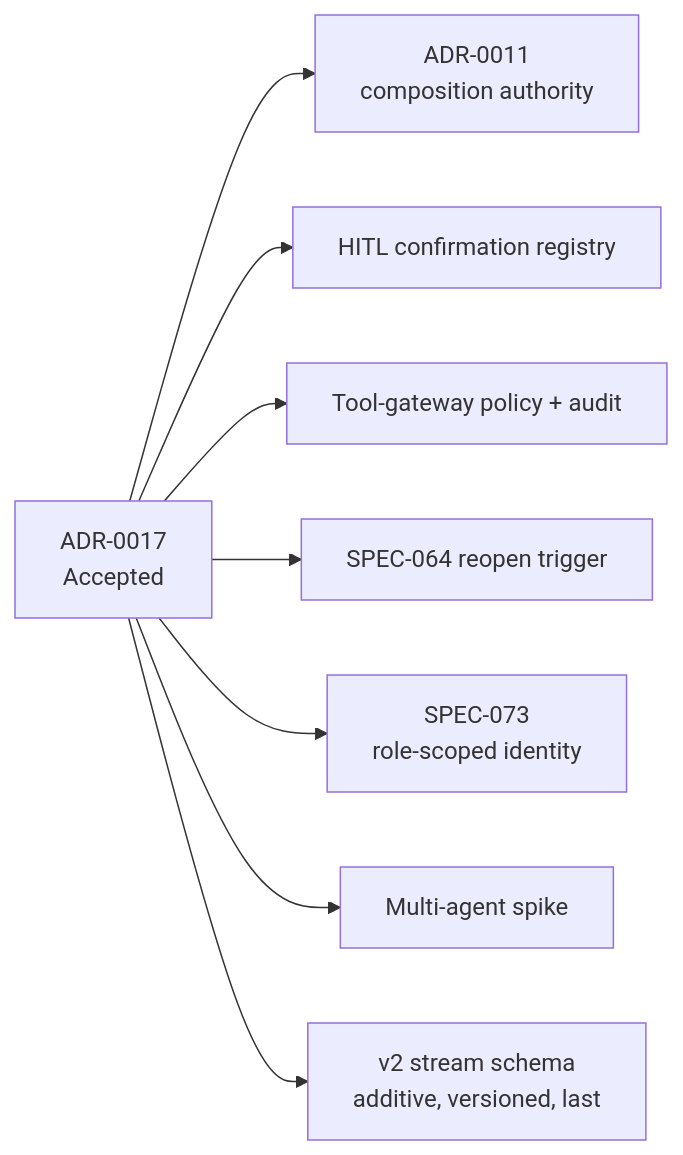
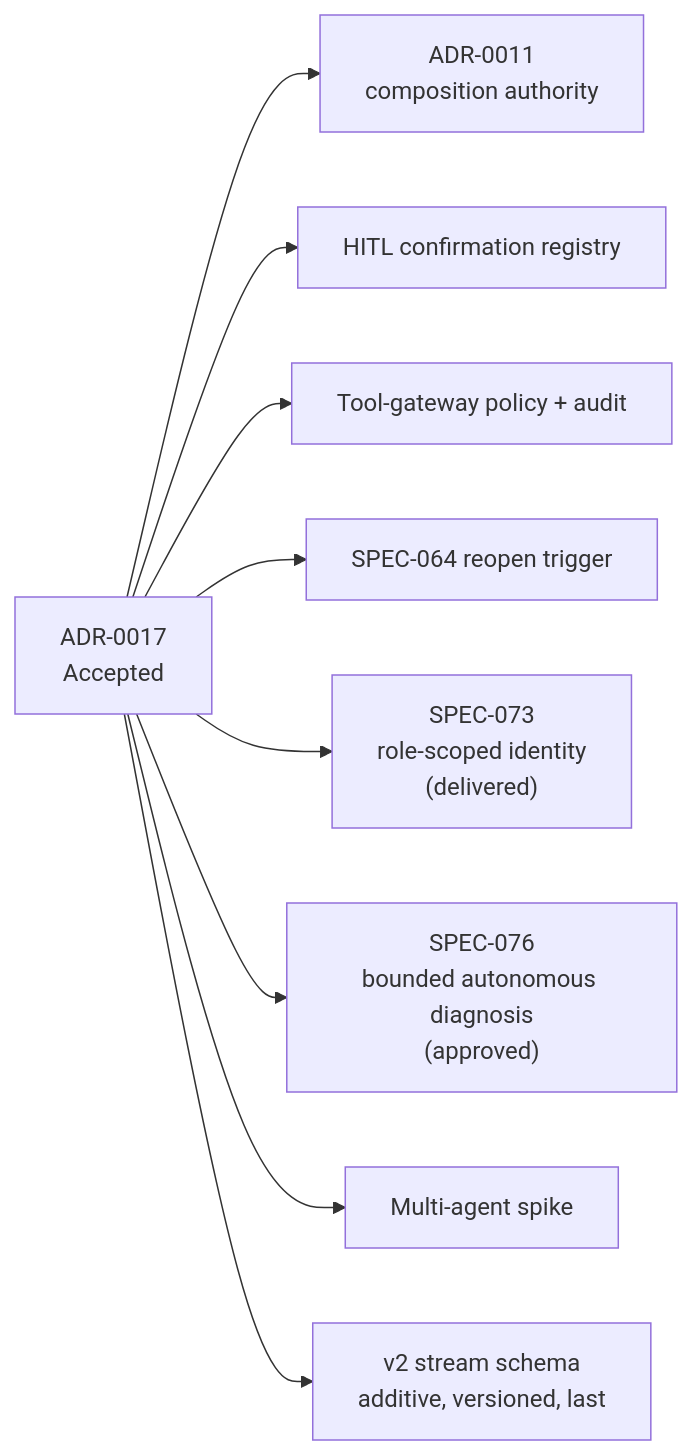
Before and after one commit to metasync/luban-aiops: the ninth of 9 diagrams in .qoder/repowiki/en/content/Platform Overview/ADR-0017_ Bounded Read-Only Multi-Agent Orchestration.md, drawn with Mermaid. The commit also changed other lines of this file and 219 other files, not shown here.

````diff
--- a/.qoder/repowiki/en/content/Platform Overview/ADR-0017_ Bounded Read-Only Multi-Agent Orchestration.md
+++ b/.qoder/repowiki/en/content/Platform Overview/ADR-0017_ Bounded Read-Only Multi-Agent Orchestration.md
@@ -331,10 +335,11 @@
 ```mermaid
 graph LR
 ADR["ADR-0017<br/>Accepted"] --> ADR11["ADR-0011<br/>composition authority"]
 ADR --> HITL["HITL confirmation registry"]
 ADR --> GW["Tool-gateway policy + audit"]
 ADR --> SPEC64["SPEC-064 reopen trigger"]
-ADR --> SPEC073["SPEC-073<br/>role-scoped identity"]
+ADR --> SPEC073["SPEC-073<br/>role-scoped identity<br/>(delivered)"]
+ADR --> SPEC076["SPEC-076<br/>bounded autonomous diagnosis<br/>(approved)"]
 ADR --> SPIKE["Multi-agent spike"]
 ADR --> CONTRACT["v2 stream schema<br/>additive, versioned, last"]
 ```
````
